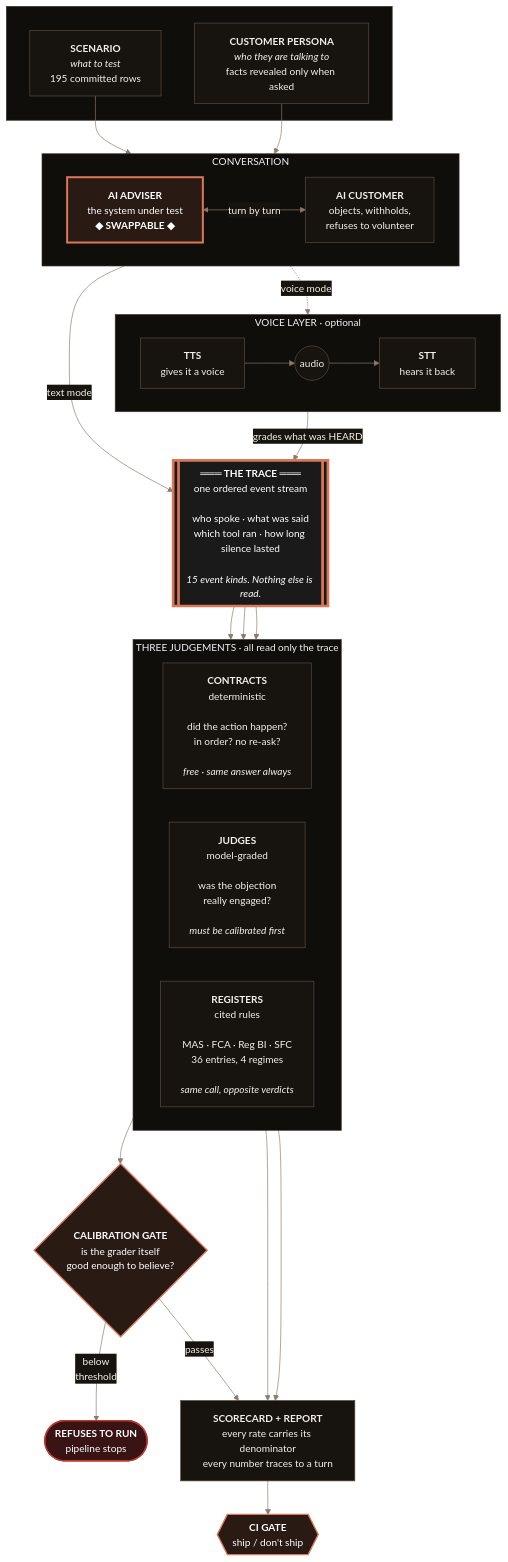
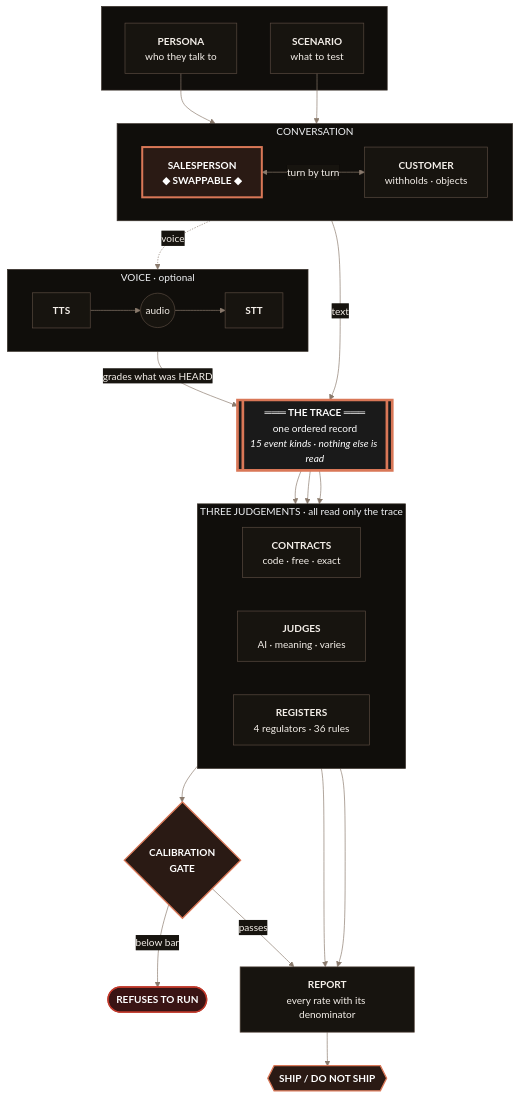
One commit to Pinglesagar/conversation-eval-lab changed the ninth of 9 diagrams in docs/ARCHITECTURE_ONE_PAGE.md. Above: the diagram before and after it, drawn with Mermaid. The commit also changed other lines of this file, not shown here.

First line of the commit message:
docs: rebuild the architecture page as nine pictures instead of one

````diff
--- a/docs/ARCHITECTURE_ONE_PAGE.md
+++ b/docs/ARCHITECTURE_ONE_PAGE.md
@@ -8,78 +337,58 @@
 ```mermaid
-%%{init: {
-  'theme': 'base',
-  'themeVariables': {
-    'background': '#0C0B0A',
-    'primaryColor': '#17140F',
-    'primaryTextColor': '#F4EFE9',
-    'primaryBorderColor': '#5A4B41',
-    'lineColor': '#8A7A6D',
-    'secondaryColor': '#17140F',
-    'tertiaryColor': '#100E0B',
-    'clusterBkg': '#100E0B',
-    'clusterBorder': '#3A322B',
-    'edgeLabelBackground': '#17140F',
-    'fontFamily': 'ui-monospace, SFMono-Regular, Menlo, monospace',
-    'fontSize': '15px'
-  }
-}}%%
+%%{init: {'theme':'base','themeVariables':{'background':'#0C0B0A','primaryColor':'#17140F','primaryTextColor':'#F4EFE9','primaryBorderColor':'#5A4B41','lineColor':'#8A7A6D','secondaryColor':'#17140F','tertiaryColor':'#100E0B','clusterBkg':'#100E0B','clusterBorder':'#3A322B','edgeLabelBackground':'#17140F','fontFamily':'ui-monospace, Menlo, monospace','fontSize':'15px'}}}%%
 flowchart TD
     subgraph INPUT [" "]
-        SC["<b>SCENARIO</b><br/><i>what to test</i><br/>195 committed rows"]
-        PE["<b>CUSTOMER PERSONA</b><br/><i>who they are talking to</i><br/>facts revealed only when asked"]
+        SC["<b>SCENARIO</b><br/>what to test"]
+        PE["<b>PERSONA</b><br/>who they talk to"]
     end
 
     subgraph CONV ["CONVERSATION"]
         direction LR
-        ADV["<b>AI ADVISER</b><br/>the system under test<br/><b>◆ SWAPPABLE ◆</b>"]
-        CUS["<b>AI CUSTOMER</b><br/>objects, withholds,<br/>refuses to volunteer"]
+        ADV["<b>SALESPERSON</b><br/><b>◆ SWAPPABLE ◆</b>"]
+        CUS["<b>CUSTOMER</b><br/>withholds · objects"]
         ADV <-->|"turn by turn"| CUS
     end
 
-    subgraph VOICE ["VOICE LAYER · optional"]
+    subgraph VOICE ["VOICE · optional"]
         direction LR
-        TTS["<b>TTS</b><br/>gives it a voice"] --> WAV(("audio")) --> STT["<b>STT</b><br/>hears it back"]
+        TTS["<b>TTS</b>"] --> WAV(("audio")) --> STT["<b>STT</b>"]
     end
 
-    TRACE[["<b>═══ THE TRACE ═══</b><br/>one ordered event stream<br/><br/>who spoke · what was said<br/>which tool ran · how long silence lasted<br/><br/><i>15 event kinds. Nothing else is read.</i>"]]
+    TRACE[["<b>═══ THE TRACE ═══</b><br/>one ordered record<br/><i>15 event kinds · nothing else is read</i>"]]
 
     subgraph GRADE ["THREE JUDGEMENTS · all read only the trace"]
         direction LR
-        CON["<b>CONTRACTS</b><br/>deterministic<br/><br/>did the action happen?<br/>in order? no re-ask?<br/><br/><i>free · same answer always</i>"]
-        JUD["<b>JUDGES</b><br/>model-graded<br/><br/>was the objection<br/>really engaged?<br/><br/><i>must be calibrated first</i>"]
-        REG["<b>REGISTERS</b><br/>cited rules<br/><br/>MAS · FCA · Reg BI · SFC<br/>36 entries, 4 regimes<br/><br/><i>same call, opposite verdicts</i>"]
+        CON["<b>CONTRACTS</b><br/>code · free · exact"]
+        JUD["<b>JUDGES</b><br/>AI · meaning · varies"]
+        REG["<b>REGISTERS</b><br/>4 regulators · 36 rules"]
     end
 
-    GATE{"<b>CALIBRATION GATE</b><br/>is the grader itself<br/>good enough to believe?"}
-
-    OUT["<b>SCORECARD + REPORT</b><br/>every rate carries its denominator<br/>every number traces to a turn"]
-
-    CI{{"<b>CI GATE</b><br/>ship / don't ship"}}
+    GATE{"<b>CALIBRATION</b><br/><b>GATE</b>"}
+    STOP(["<b>REFUSES TO RUN</b>"])
+    OUT["<b>REPORT</b><br/>every rate with its denominator"]
+    CI{{"<b>SHIP / DO NOT SHIP</b>"}}
 
     SC --> CONV
     PE --> CUS
-    CONV -->|"text mode"| TRACE
-    CONV -.->|"voice mode"| VOICE
+    CONV -->|"text"| TRACE
+    CONV -.->|"voice"| VOICE
     VOICE -->|"grades what was HEARD"| TRACE
-
     TRACE --> CON
     TRACE --> JUD
     TRACE --> REG
-
     JUD --> GATE
-    GATE -->|"below<br/>threshold"| STOP(["<b>REFUSES TO RUN</b><br/>pipeline stops"])
+    GATE -->|"below bar"| STOP
     GATE -->|"passes"| OUT
     CON --> OUT
     REG --> OUT
-
     OUT --> CI
 
     classDef hub fill:#1a1a1a,stroke:#D97757,stroke-width:4px,color:#fff
     classDef swap fill:#2a1a14,stroke:#D97757,stroke-width:3px,color:#fff
     classDef gate fill:#2a1a14,stroke:#D97757,stroke-width:2px,color:#fff
     classDef stop fill:#3a1414,stroke:#c0392b,stroke-width:2px,color:#fff
     class TRACE hub
     class ADV swap
     class GATE,CI gate
     class STOP stop
 ```
````
